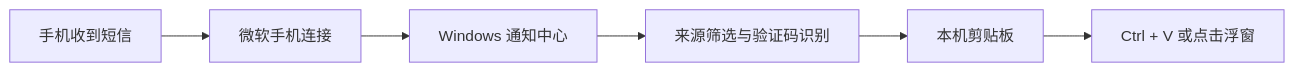
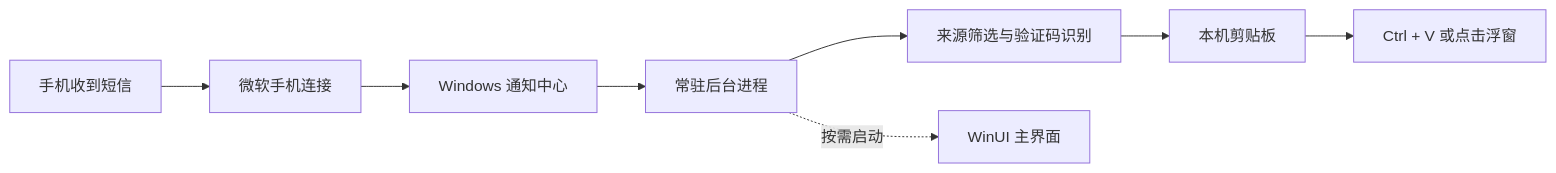
The diagram in README.md (wzp100/OtpClipboard), drawn with Mermaid before and after one commit. The commit also changed other lines of this file and 34 other files, not shown here.

````diff
--- a/README.md
+++ b/README.md
@@ -41,8 +51,10 @@
 ```mermaid
 flowchart LR
     A[手机收到短信] --> B[微软手机连接]
     B --> C[Windows 通知中心]
-    C --> D[来源筛选与验证码识别]
-    D --> E[本机剪贴板]
-    E --> F[Ctrl + V 或点击浮窗]
+    C --> D[常驻后台进程]
+    D --> E[来源筛选与验证码识别]
+    E --> F[本机剪贴板]
+    F --> G[Ctrl + V 或点击浮窗]
+    D -. 按需启动 .-> H[WinUI 主界面]
 ```
````
